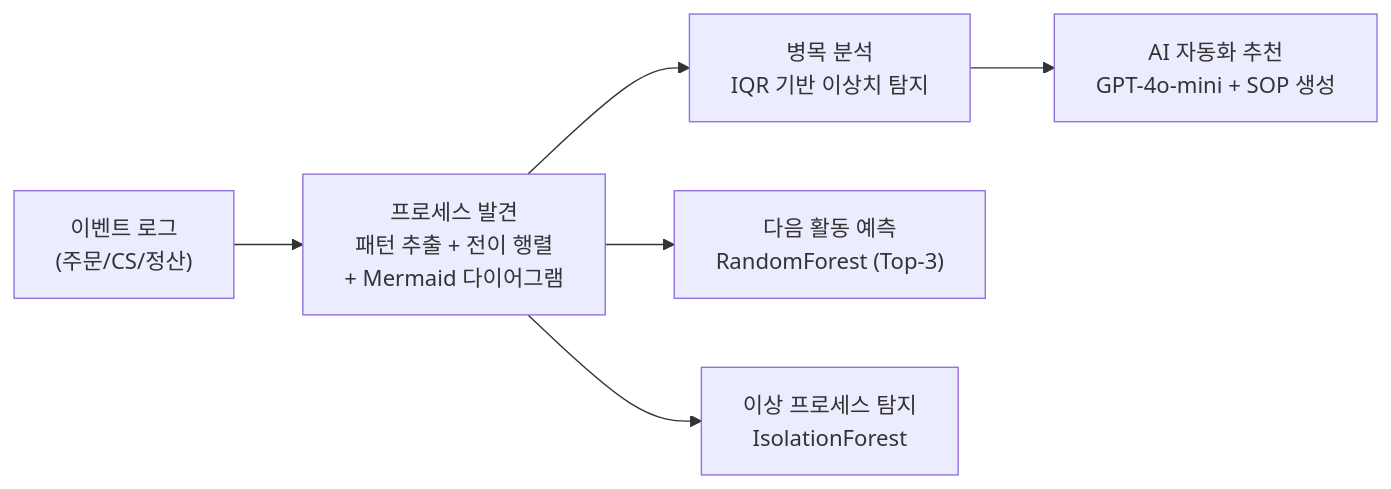
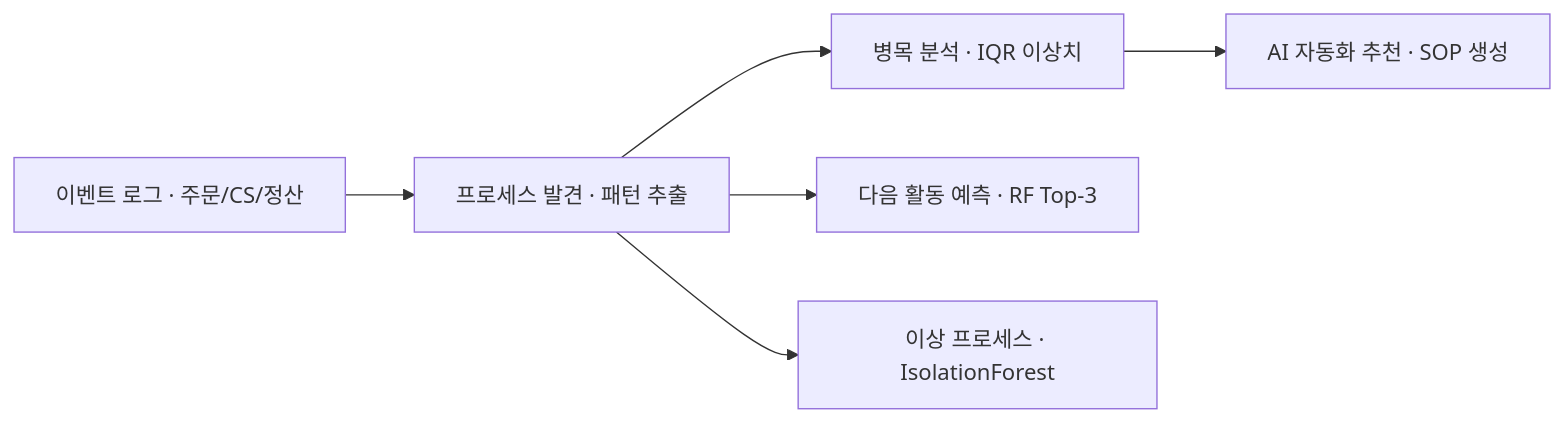
Before and after one commit to ASNGG/cafe24-demo: diagram 13 of 14 in portfolio/PORTFOLIO.md, drawn with Mermaid. The commit also changed other lines of this file, not shown here.

First line of the commit message:
docs: PORTFOLIO.md 스타일 개선 및 Mermaid 다이어그램 최적화

````diff
--- a/portfolio/PORTFOLIO.md
+++ b/portfolio/PORTFOLIO.md
@@ -524,8 +585,8 @@
 ```mermaid
 flowchart LR
-    A["이벤트 로그<br/>(주문/CS/정산)"] --> B["프로세스 발견<br/>패턴 추출 + 전이 행렬<br/>+ Mermaid 다이어그램"]
-    B --> C["병목 분석<br/>IQR 기반 이상치 탐지"]
-    C --> D["AI 자동화 추천<br/>GPT-4o-mini + SOP 생성"]
-    B --> E["다음 활동 예측<br/>RandomForest (Top-3)"]
-    B --> F["이상 프로세스 탐지<br/>IsolationForest"]
+    A["이벤트 로그 · 주문/CS/정산"] --> B["프로세스 발견 · 패턴 추출"]
+    B --> C["병목 분석 · IQR 이상치"]
+    C --> D["AI 자동화 추천 · SOP 생성"]
+    B --> E["다음 활동 예측 · RF Top-3"]
+    B --> F["이상 프로세스 · IsolationForest"]
 ```
````
